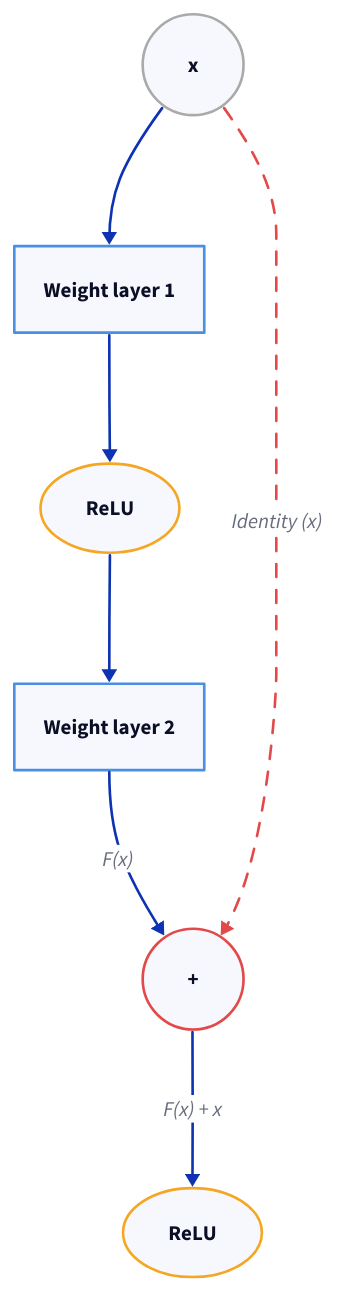
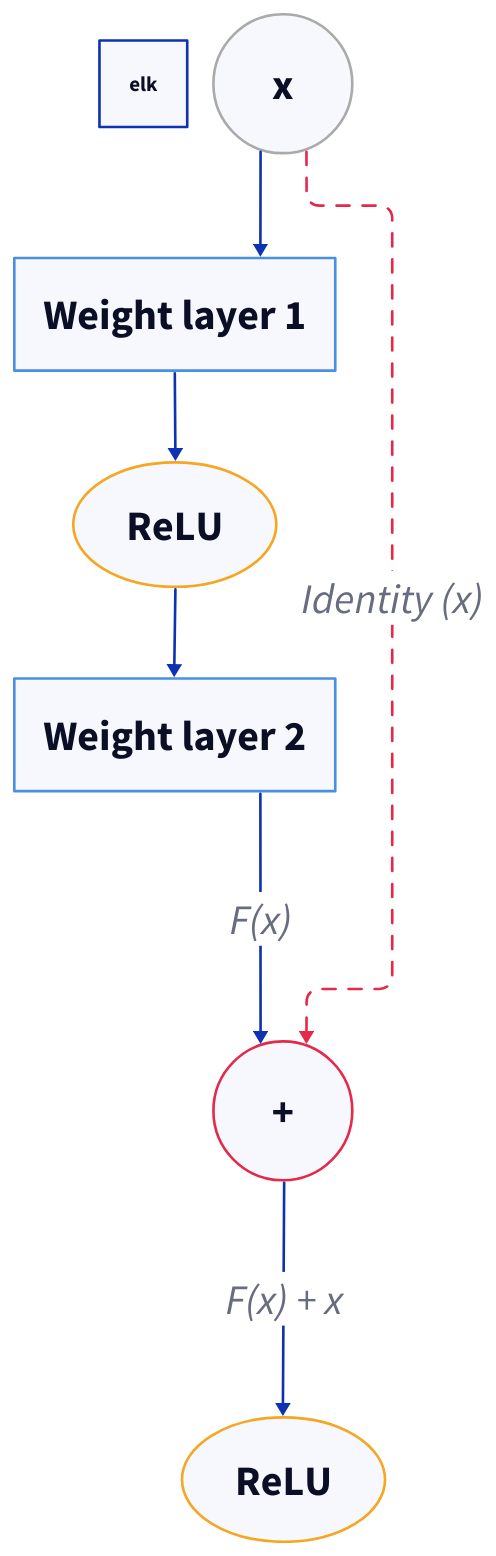
Before and after one commit to 111qqz/111qqz.github.io: the diagram in images/resnet-notes/071-residual-block.d2, drawn with D2. The commit also changed 99 other files, not shown here.

Commit message:
fix: optimize extremely wide or tall D2 diagrams to fit on mobile devices 111qqz/hugo-blog@0a3194efb1138281dfce2a9220a4055f8356854f

```diff
--- a/images/resnet-notes/071-residual-block.d2
+++ b/images/resnet-notes/071-residual-block.d2
@@ -1,19 +1,24 @@
+layout-engine: elk
 direction: down
 
-x: { shape: circle; style: { stroke: "#aaaaaa"; bold: true } }
+classes: {
+  node: { style.font-size: 32 }
+}
 
-Weight layer 1: { shape: rectangle; style: { stroke: "#4a90e2"; bold: true } }
-ReLU: { shape: oval; style: { stroke: "#f5a623"; bold: true } }
-Weight layer 2: { shape: rectangle; style: { stroke: "#4a90e2"; bold: true } }
+x: { shape: circle; class: node; style: { stroke: "#aaaaaa"; bold: true } }
 
-Plus: { shape: circle; label: "+"; style: { stroke: "#e24a4a"; bold: true } }
-Output ReLU: { shape: oval; label: "ReLU"; style: { stroke: "#f5a623"; bold: true } }
+Weight layer 1: { shape: rectangle; class: node; style: { stroke: "#4a90e2"; bold: true } }
+ReLU: { shape: oval; class: node; style: { stroke: "#f5a623"; bold: true } }
+Weight layer 2: { shape: rectangle; class: node; style: { stroke: "#4a90e2"; bold: true } }
+
+Plus: { shape: circle; label: "+"; class: node; style: { stroke: "#e32a4a"; bold: true } }
+Output ReLU: { shape: oval; label: "ReLU"; class: node; style: { stroke: "#f5a623"; bold: true } }
 
 x -> Weight layer 1
 Weight layer 1 -> ReLU
 ReLU -> Weight layer 2
-Weight layer 2 -> Plus: "F(x)"
+Weight layer 2 -> Plus: "F(x)" { style.font-size: 32 }
 
-x -> Plus: "Identity (x)" { style: { stroke: "#e24a4a"; stroke-dash: 5 } }
+x -> Plus: "Identity (x)" { style: { stroke: "#e32a4a"; stroke-dash: 5 }; style.font-size: 32 }
 
-Plus -> Output ReLU: "F(x) + x"
+Plus -> Output ReLU: "F(x) + x" { style.font-size: 32 }
```
